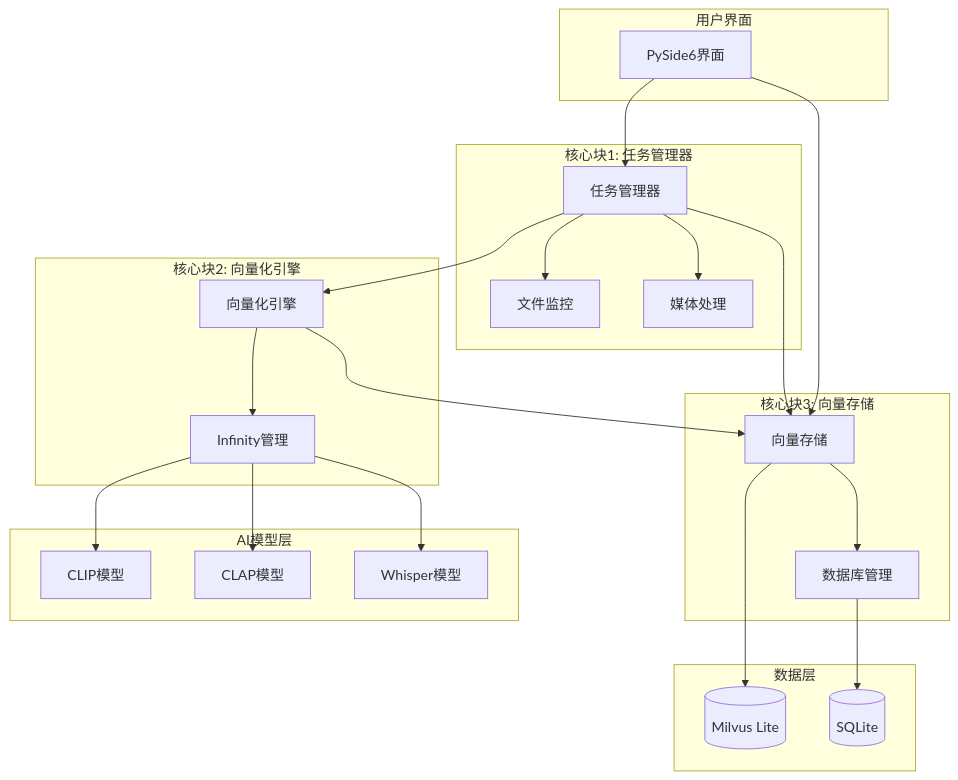
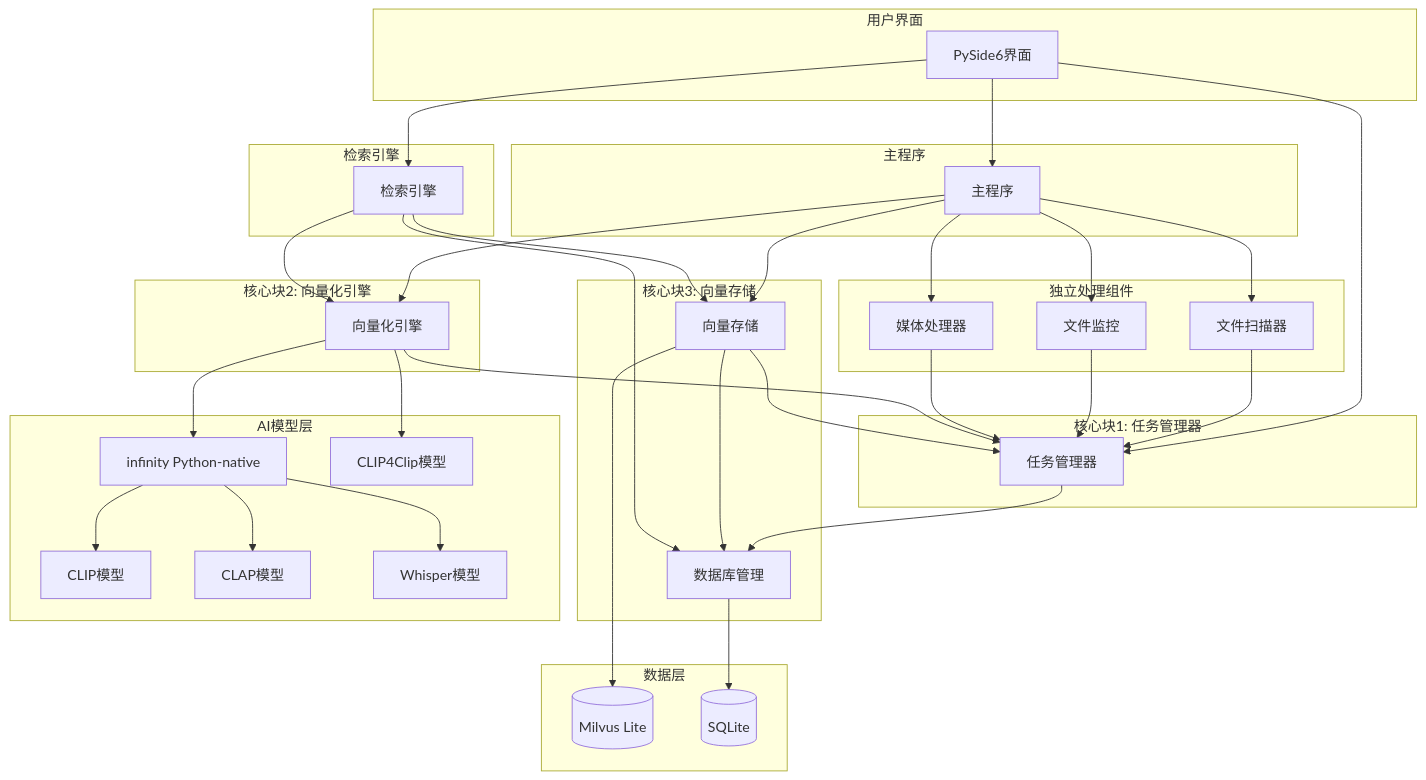
One commit to cr4342/msearch changed the second of 2 diagrams in .kiro/specs/multimodal-search-system/design.md. Above: the diagram before and after it, drawn with Mermaid. The commit also changed other lines of this file and 63 other files, not shown here.

````diff
--- a/.kiro/specs/multimodal-search-system/design.md
+++ b/.kiro/specs/multimodal-search-system/design.md
@@ -317,52 +365,78 @@
 ```mermaid
 graph TB
     subgraph "用户界面"
         UI[PySide6界面]
     end
     
+    subgraph "主程序"
+        Main[主程序]
+    end
+    
     subgraph "核心块1: 任务管理器"
         TaskManager[任务管理器]
-        FileMonitor[文件监控]
-        MediaProcessor[媒体处理]
     end
     
     subgraph "核心块2: 向量化引擎"
         EmbeddingEngine[向量化引擎]
-        InfinityManager[Infinity管理]
     end
     
     subgraph "核心块3: 向量存储"
         VectorStore[向量存储]
         DatabaseManager[数据库管理]
     end
     
+    subgraph "独立处理组件"
+        FileScanner[文件扫描器]
+        FileMonitor[文件监控]
+        MediaProcessor[媒体处理器]
+    end
+    
+    subgraph "检索引擎"
+        SearchEngine[检索引擎]
+    end
+    
     subgraph "AI模型层"
+        Infinity[infinity Python-native]
         CLIP[CLIP模型]
         CLAP[CLAP模型]
         Whisper[Whisper模型]
+        CLIP4Clip[CLIP4Clip模型]
     end
     
     subgraph "数据层"
         MilvusLite[(Milvus Lite)]
         SQLite[(SQLite)]
     end
     
     UI --> TaskManager
-    UI --> VectorStore
+    UI --> Main
+    UI --> SearchEngine
     
-    TaskManager --> FileMonitor
-    TaskManager --> MediaProcessor
-    TaskManager --> EmbeddingEngine
+    Main --> FileScanner
+    Main --> FileMonitor
+    Main --> MediaProcessor
+    Main --> EmbeddingEngine
+    Main --> VectorStore
     
-    EmbeddingEngine --> InfinityManager
-    InfinityManager --> CLIP
-    InfinityManager --> CLAP
-    InfinityManager --> Whisper
+    TaskManager --> DatabaseManager
+    
+    EmbeddingEngine --> Infinity
+    EmbeddingEngine --> CLIP4Clip
+    Infinity --> CLIP
+    Infinity --> CLAP
+    Infinity --> Whisper
     
     VectorStore --> MilvusLite
     VectorStore --> DatabaseManager
     DatabaseManager --> SQLite
     
-    TaskManager --> VectorStore
-    EmbeddingEngine --> VectorStore
+    FileScanner --> TaskManager
+    FileMonitor --> TaskManager
+    MediaProcessor --> TaskManager
+    EmbeddingEngine --> TaskManager
+    VectorStore --> TaskManager
+    
+    SearchEngine --> EmbeddingEngine
+    SearchEngine --> VectorStore
+    SearchEngine --> DatabaseManager
 ```
````
